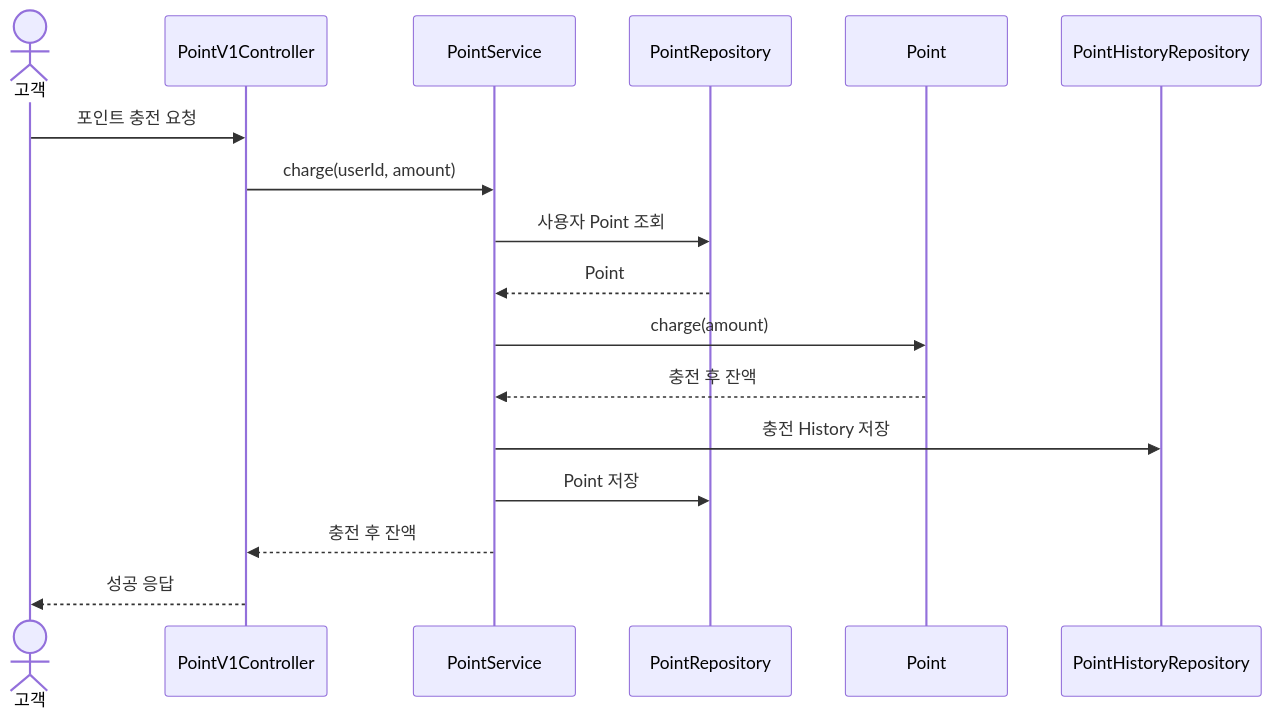
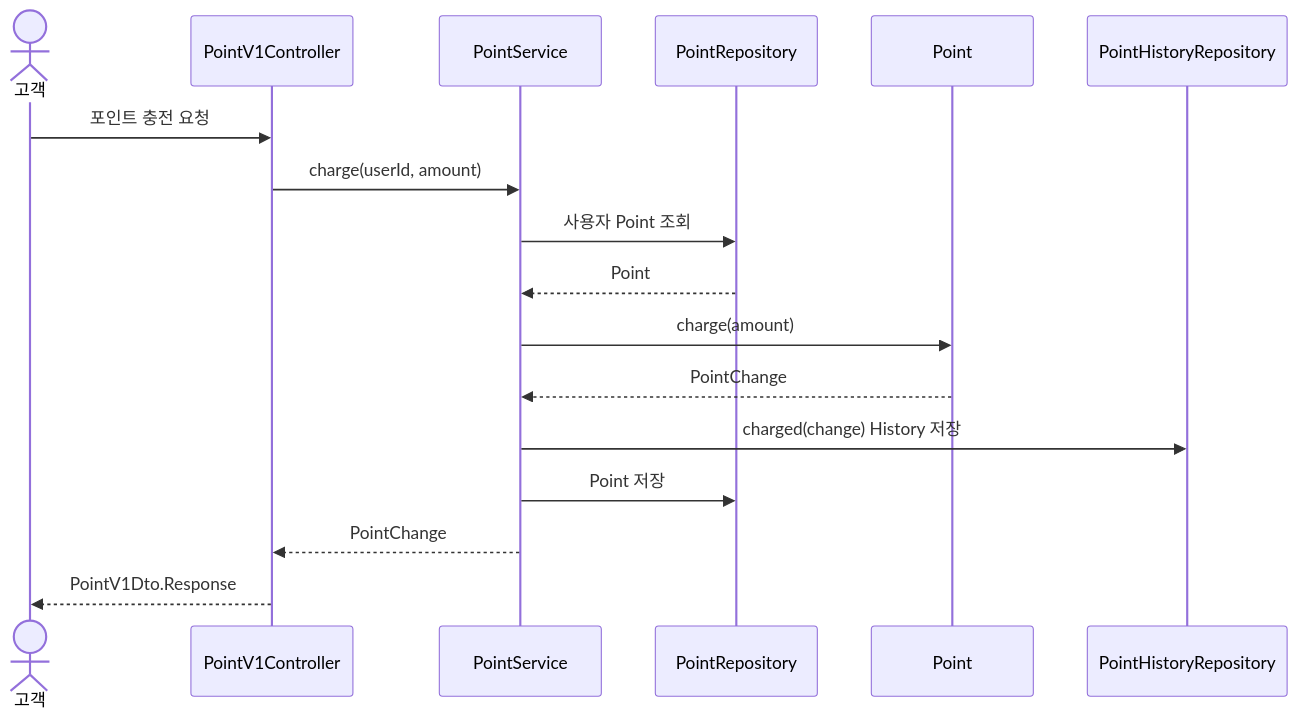
The fifth of 6 diagrams in docs/week2/system-design.md (Jomeun/loop-pack-be-l2-vol5-java), drawn with Mermaid before and after one commit. The commit also changed other lines of this file, not shown here.

````diff
--- a/docs/week2/system-design.md
+++ b/docs/week2/system-design.md
@@ -284,20 +473,20 @@
 ```mermaid
 sequenceDiagram
     actor Customer as 고객
     participant Controller as PointV1Controller
     participant Service as PointService
     participant PointRepository
     participant Point
     participant HistoryRepository as PointHistoryRepository
 
     Customer->>Controller: 포인트 충전 요청
     Controller->>Service: charge(userId, amount)
     Service->>PointRepository: 사용자 Point 조회
     PointRepository-->>Service: Point
     Service->>Point: charge(amount)
-    Point-->>Service: 충전 후 잔액
-    Service->>HistoryRepository: 충전 History 저장
+    Point-->>Service: PointChange
+    Service->>HistoryRepository: charged(change) History 저장
     Service->>PointRepository: Point 저장
-    Service-->>Controller: 충전 후 잔액
-    Controller-->>Customer: 성공 응답
+    Service-->>Controller: PointChange
+    Controller-->>Customer: PointV1Dto.Response
 ```
````
